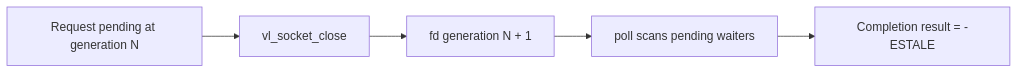
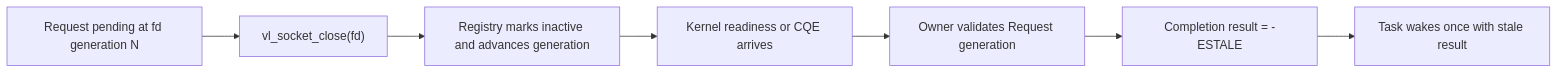
Before and after one commit to nobody0726/veloco: the fourth of 4 diagrams in docs/diagrams/io-completion.md, drawn with Mermaid. The commit also changed other lines of this file and 14 other files, not shown here.

First line of the commit message:
Make kernel completion ownership explicit

````diff
--- a/docs/diagrams/io-completion.md
+++ b/docs/diagrams/io-completion.md
@@ -97,7 +108,9 @@
 ```mermaid
 flowchart LR
-    PENDING["Request pending at generation N"] --> CLOSE["vl_socket_close"]
-    CLOSE --> ADVANCE["fd generation N + 1"]
-    ADVANCE --> POLL["poll scans pending waiters"]
-    POLL --> STALE["Completion result = -ESTALE"]
+    PENDING["Request pending at fd generation N"] --> CLOSE["vl_socket_close(fd)"]
+    CLOSE --> ADVANCE["Registry marks inactive and advances generation"]
+    ADVANCE --> KERNEL["Kernel readiness or CQE arrives"]
+    KERNEL --> CHECK["Owner validates Request generation"]
+    CHECK --> STALE["Completion result = -ESTALE"]
+    STALE --> WAKE["Task wakes once with stale result"]
 ```
````
